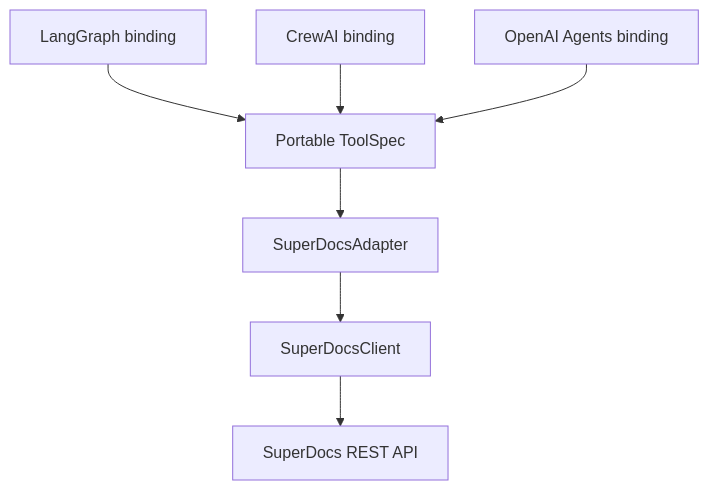
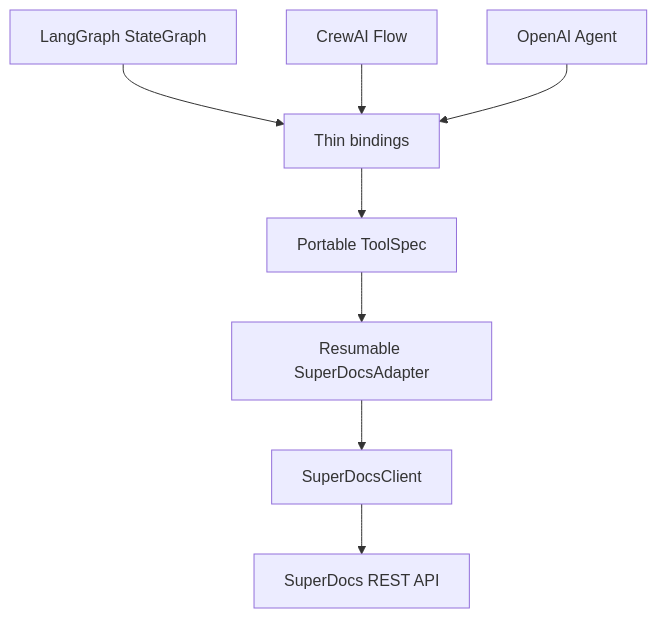
One commit to superdocsapp/superdocs-builds changed the diagram in extensions/vrutansh/superdocs-agent-adapter/README.md. Above: the diagram before and after it, drawn with Mermaid. The commit also changed other lines of this file and 35 other files, not shown here.

Commit message:
feat: harden SuperDocs adapter and framework bindings

````diff
--- a/extensions/vrutansh/superdocs-agent-adapter/README.md
+++ b/extensions/vrutansh/superdocs-agent-adapter/README.md
@@ -24,9 +40,10 @@
 ```mermaid
 flowchart TD
-    LG[LangGraph binding] --> TS[Portable ToolSpec]
-    CR[CrewAI binding] --> TS
-    OA[OpenAI Agents binding] --> TS
-    TS --> AD[SuperDocsAdapter]
-    AD --> CL[SuperDocsClient]
-    CL --> SD[SuperDocs REST API]
+    LG["LangGraph StateGraph"] --> B["Thin bindings"]
+    CR["CrewAI Flow"] --> B
+    OA["OpenAI Agent"] --> B
+    B --> TS["Portable ToolSpec"]
+    TS --> A["Resumable SuperDocsAdapter"]
+    A --> C["SuperDocsClient"]
+    C --> SD["SuperDocs REST API"]
 ```
````
